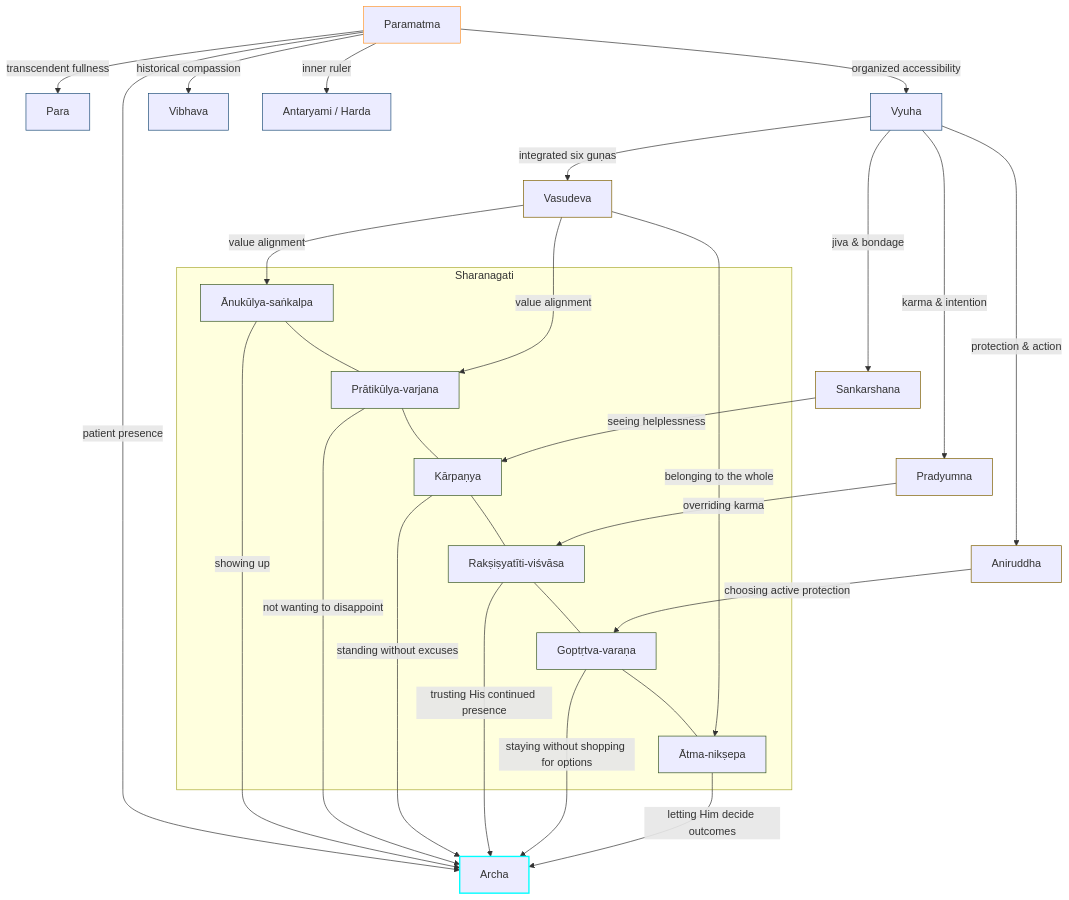
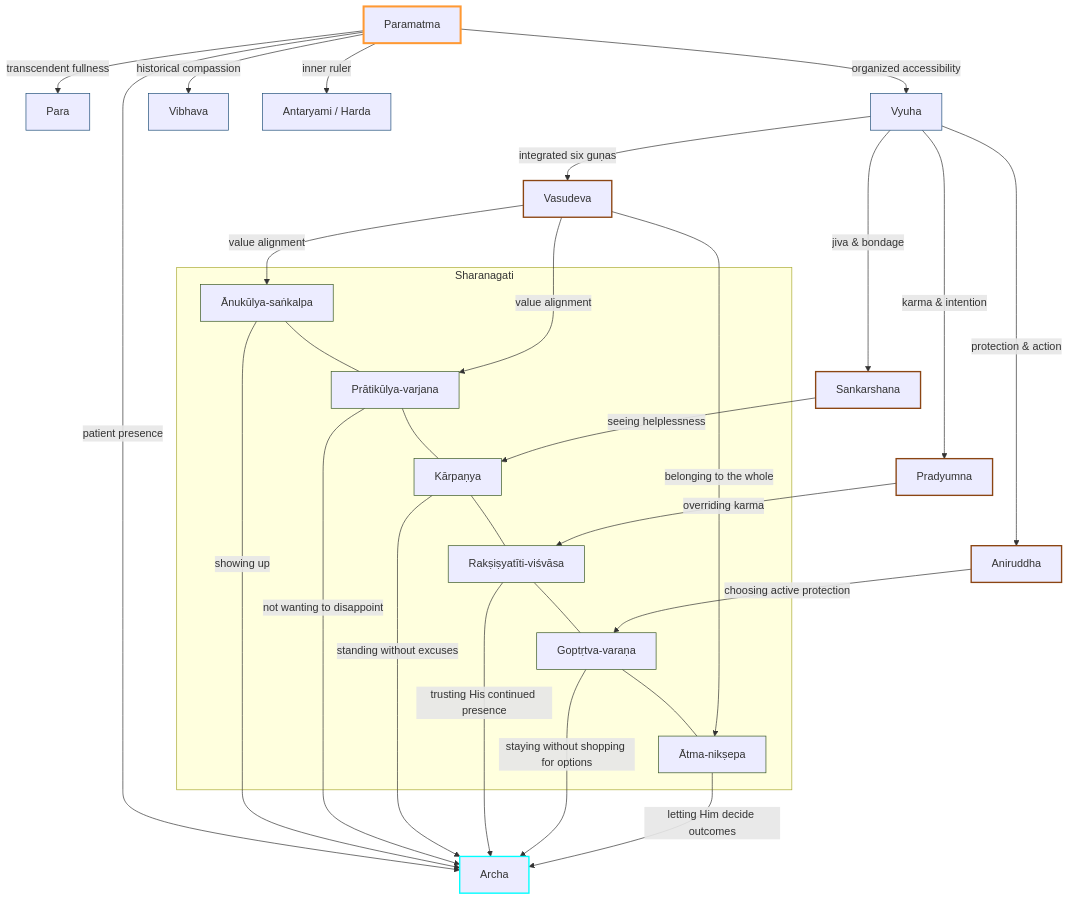
The diagram in reflections/paramatma-roopa-flow.md (RaPaLearning/askys), drawn with Mermaid before and after one commit.

Commit message:
color adjust to distinguish vyuha roopas

````diff
--- a/reflections/paramatma-roopa-flow.md
+++ b/reflections/paramatma-roopa-flow.md
@@ -3,66 +3,66 @@
 ```mermaid
 flowchart TD
 
 %% =========================
 %% COLOR DEFINITIONS
 %% =========================
-classDef paramatma stroke:#FF9933,stroke-width:1px
+classDef paramatma stroke:#FF9933,stroke-width:3px
 classDef roopa stroke:#1f4e79,stroke-width:1px
-classDef vyuha stroke:#7f6000,stroke-width:1px
+classDef vyuha stroke:#8B4513,stroke-width:2px
 classDef anga stroke:#385723,stroke-width:1px
 classDef archa stroke:#00FFFF,stroke-width:2px
 
 %% =========================
 %% PARAMATMA & ROOPAS
 %% =========================
 A[Paramatma]:::paramatma
 
 A -->|transcendent fullness| B[Para]:::roopa
 A -->|organized accessibility| C[Vyuha]:::roopa
 A -->|historical compassion| D[Vibhava]:::roopa
 A -->|inner ruler| E[Antaryami / Harda]:::roopa
 A -->|patient presence| F[Archa]:::archa
 
 %% =========================
 %% VYUHA EXPRESSIONS
 %% =========================
 C -->|integrated six guṇas| C1[Vasudeva]:::vyuha
 C -->|jiva & bondage| C2[Sankarshana]:::vyuha
 C -->|karma & intention| C3[Pradyumna]:::vyuha
 C -->|protection & action| C4[Aniruddha]:::vyuha
 
 %% =========================
 %% SHARANAGATI
 %% =========================
 subgraph Sharanagati
 G1[Ānukūlya-saṅkalpa]:::anga --- G2[Prātikūlya-varjana]:::anga
 G2 --- G3[Kārpaṇya]:::anga
 G3 --- G4[Rakṣiṣyatīti-viśvāsa]:::anga
 G4 --- G5[Goptṛtva-varaṇa]:::anga
 G5 --- G6[Ātma-nikṣepa]:::anga
 end
 
 %% =========================
 %% VYUHA → AṄGA MAPPING
 %% =========================
 C1 -->|value alignment| G1
 C1 -->|value alignment| G2
 
 C2 -->|seeing helplessness| G3
 
 C3 -->|overriding karma| G4
 
 C4 -->|choosing active protection| G5
 
 C1 -->|belonging to the whole| G6
 
 %% =========================
 %% AṄGAS RESTING IN ARCHĀ
 %% =========================
 G1 -->|showing up| F
 G2 -->|not wanting to disappoint| F
 G3 -->|standing without excuses| F
 G4 -->|trusting His continued presence| F
 G5 -->|staying without shopping for options| F
 G6 -->|letting Him decide outcomes| F
 ```
````
